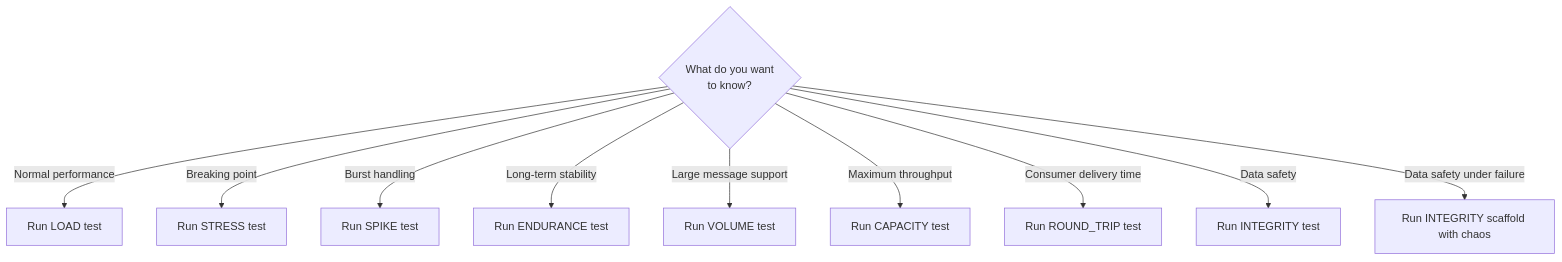
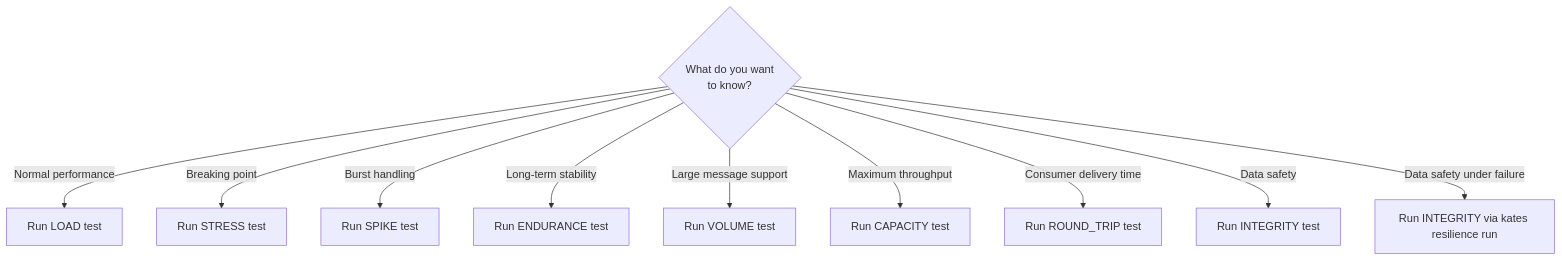
Before and after one commit to actions-marketplace-validations/bmscomp_kates: the fifth of 5 diagrams in docs/tutorials/02-all-test-types.md, drawn with Mermaid. The commit also changed other lines of this file and 284 other files, not shown here.

````diff
--- a/docs/tutorials/02-all-test-types.md
+++ b/docs/tutorials/02-all-test-types.md
@@ -242,14 +252,14 @@
 ```mermaid
 graph TD
     Q1{What do you want<br/>to know?}
     
     Q1 -->|"Normal performance"| LOAD[Run LOAD test]
     Q1 -->|"Breaking point"| STRESS[Run STRESS test]
     Q1 -->|"Burst handling"| SPIKE[Run SPIKE test]
     Q1 -->|"Long-term stability"| ENDURANCE[Run ENDURANCE test]
     Q1 -->|"Large message support"| VOLUME[Run VOLUME test]
     Q1 -->|"Maximum throughput"| CAPACITY[Run CAPACITY test]
     Q1 -->|"Consumer delivery time"| RT[Run ROUND_TRIP test]
     Q1 -->|"Data safety"| INT[Run INTEGRITY test]
-    Q1 -->|"Data safety under failure"| INTC[Run INTEGRITY scaffold with chaos]
+    Q1 -->|"Data safety under failure"| INTC[Run INTEGRITY via kates resilience run]
 ```
````
